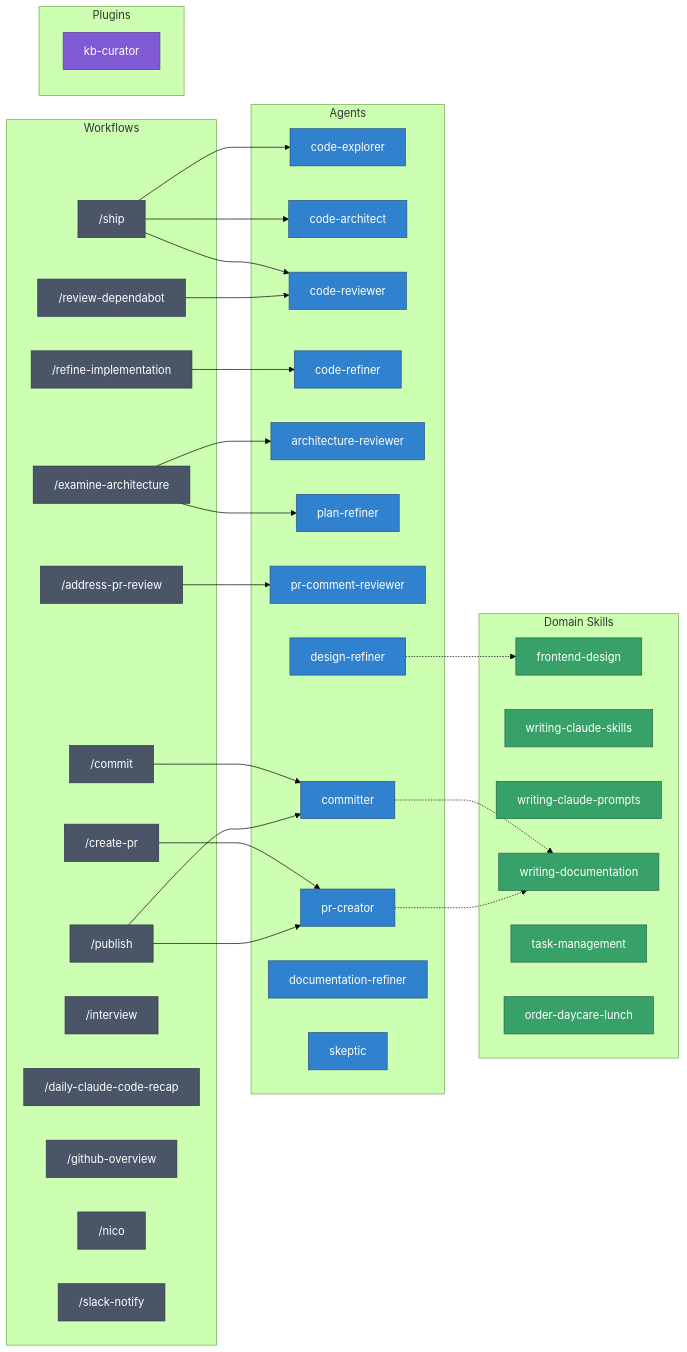
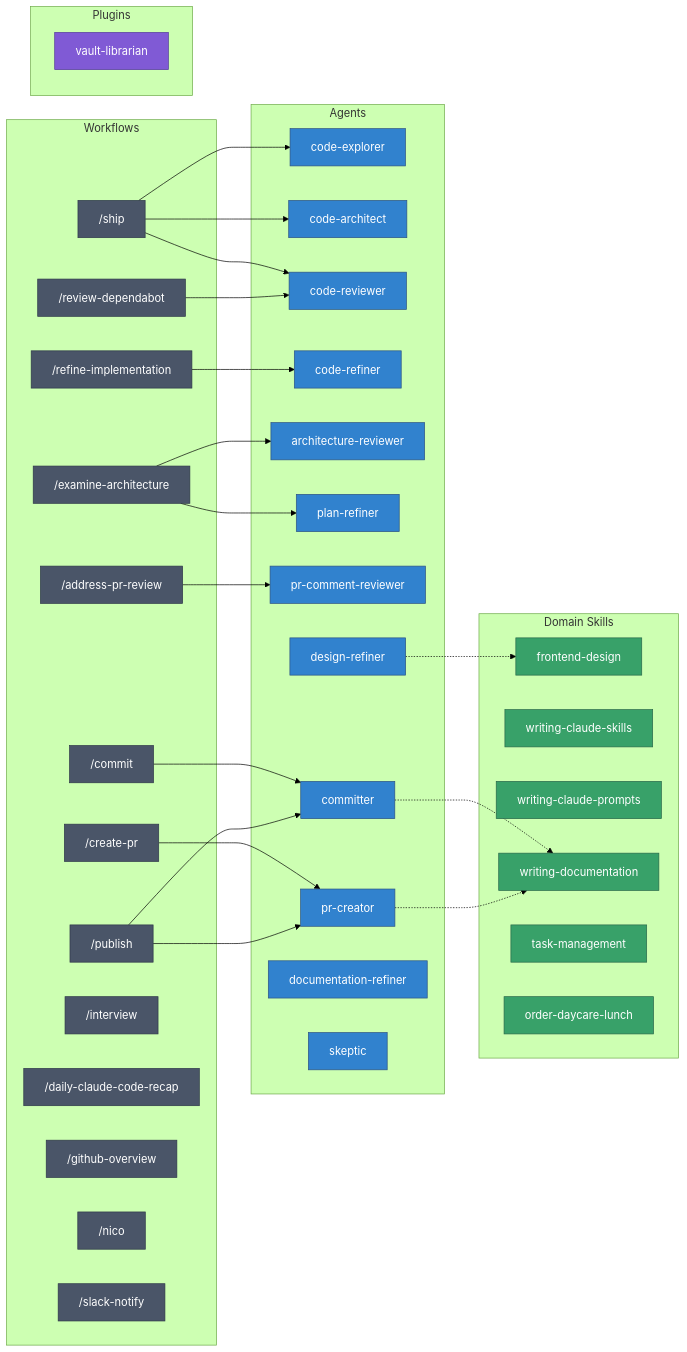
The diagram in README.md (abhijit-s/ai), drawn with Mermaid (forest theme) before and after one commit. The commit also changed other lines of this file and 32 other files, not shown here.

Commit message:
refactor(vault-librarian): rename kb-curator plugin and kb_curator package to vault-librarian

````diff
--- a/README.md
+++ b/README.md
@@ -59,69 +59,69 @@
 ```mermaid
 flowchart LR
     subgraph Workflows
         cm["/commit"]
         cpr["/create-pr"]
         fd["/ship"]
         ri["/refine-implementation"]
         ea["/examine-architecture"]
         apr["/address-pr-review"]
         rd["/review-dependabot"]
         pub["/publish"]
         int["/interview"]
         dcr["/daily-claude-code-recap"]
         go["/github-overview"]
         nico["/nico"]
         sn["/slack-notify"]
     end
 
     subgraph Agents
         ce["code-explorer"]
         ca["code-architect"]
         cr["code-reviewer"]
         cf["code-refiner"]
         ar["architecture-reviewer"]
         pr["plan-refiner"]
         pcr["pr-comment-reviewer"]
         com["committer"]
         prc["pr-creator"]
         dr["design-refiner"]
         docr["documentation-refiner"]
         sk["skeptic"]
     end
 
     subgraph Domain Skills
         fdd["frontend-design"]
         wcs["writing-claude-skills"]
         wcp["writing-claude-prompts"]
         wdoc["writing-documentation"]
         tm["task-management"]
         odl["order-daycare-lunch"]
     end
 
     subgraph Plugins
-        kbc["kb-curator"]
+        kbc["vault-librarian"]
     end
 
     cm --> com
     cpr --> prc
     fd --> ce & ca & cr
     ri --> cf
     ea --> ar & pr
     apr --> pcr
     rd --> cr
     pub --> com & prc
 
     com -.-> wdoc
     prc -.-> wdoc
     dr -.-> fdd
 
     classDef workflow fill:#4a5568,stroke:#2d3748,color:#fff
     classDef agent fill:#3182ce,stroke:#2c5282,color:#fff
     classDef skill fill:#38a169,stroke:#276749,color:#fff
     classDef plugin fill:#805ad5,stroke:#553c9a,color:#fff
 
     class cm,cpr,fd,ri,ea,apr,rd,pub,int,dcr,go,nico,sn workflow
     class ce,ca,cr,cf,ar,pr,pcr,com,prc,dr,docr,sk agent
     class fdd,wcs,wcp,wdoc,tm,odl skill
     class kbc plugin
 ```
````
